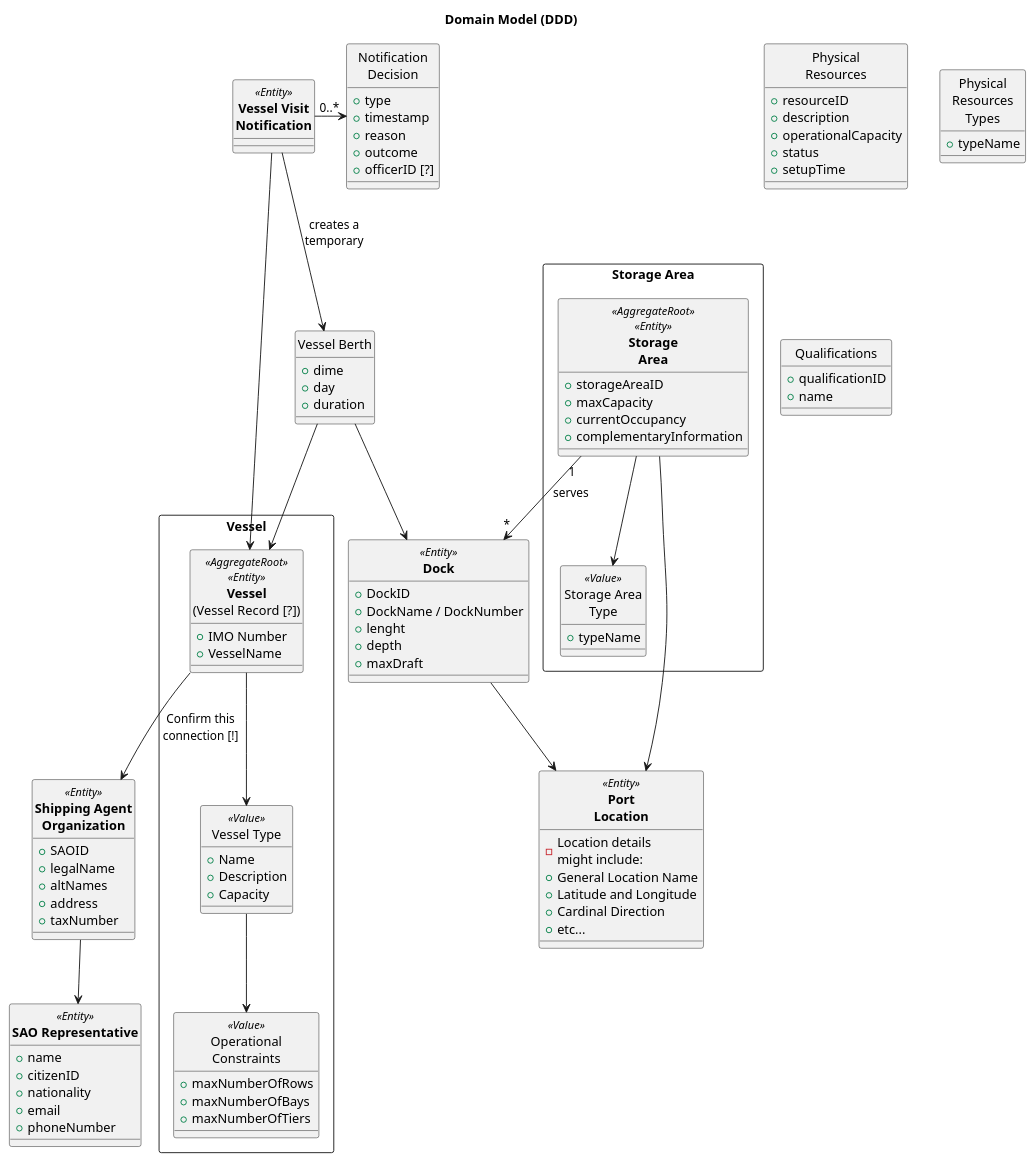
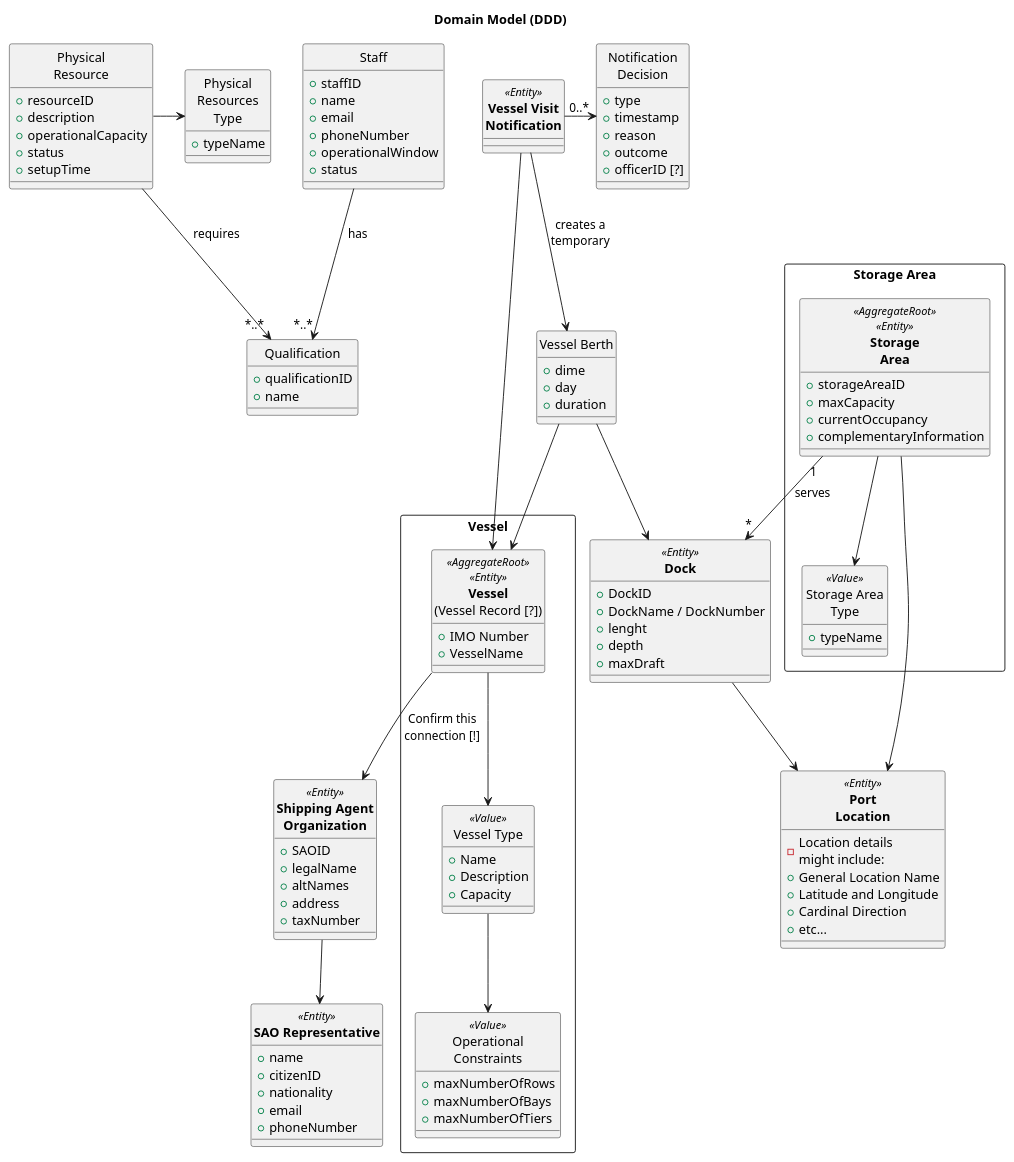
Before and after one commit to BernasDzn/portit: the diagram in docs/sprint_1/global_artifacts/domain/domain_model.puml, drawn with PlantUML.

Commit message:
docs(domain): Added Staff concept and relations between recently added concepts
Refs: #24

```diff
--- a/docs/sprint_1/global_artifacts/domain/domain_model.puml
+++ b/docs/sprint_1/global_artifacts/domain/domain_model.puml
@@ -1,134 +1,146 @@
 @startuml domain_model
 title Domain Model (DDD)
 hide circle
 
 rectangle "Vessel" {
 	class "**Vessel**\n(Vessel Record [?])" as vessel <<AggregateRoot>><<Entity>>
 	{
 		+ IMO Number
 		+ VesselName
 	}
 
 	class "Vessel Type" as vessel_type <<Value>>
 	{
 		+ Name
 		+ Description
 		+ Capacity
 	}
 
 	class "Operational\nConstraints" as op_constraints <<Value>>
 	{
 		+ maxNumberOfRows
 		+ maxNumberOfBays
 		+ maxNumberOfTiers
 	}
 
 	vessel --> vessel_type
 	vessel_type --> op_constraints
 }
 
 class "**Dock**" as dock <<Entity>>
 {
 	+ DockID
 	+ DockName / DockNumber
 	+ lenght
 	+ depth
 	+ maxDraft
 }
 
 class "**Port**\n**Location**" as port_loc <<Entity>>
 {
 	- Location details \nmight include:
 	+ General Location Name
 	+ Latitude and Longitude
 	+ Cardinal Direction
 	+ etc...
 }
 
 rectangle "Storage Area"{
 	
 	class "**Storage**\n**Area**" as storage_area <<AggregateRoot>><<Entity>>
 	{
 		+ storageAreaID
 		+ maxCapacity
 		+ currentOccupancy
 		+ complementaryInformation
 	}
 
 	class "Storage Area\nType" as storage_area_type <<Value>>{
 		+ typeName
 	}
 
 	storage_area --> storage_area_type
 	storage_area --> port_loc
 	storage_area "1" --> "*" dock : "serves"
 }
 
 class "**Shipping Agent**\n**Organization**" as SAO <<Entity>>
 {
 	+ SAOID
 	+ legalName
 	+ altNames
 	+ address
 	+ taxNumber
 }
 
 class "**SAO Representative**" as SAO_rep <<Entity>>
 {
 	+ name
 	+ citizenID
 	+ nationality
 	+ email
 	+ phoneNumber
 }
 
 class "**Vessel Visit**\n**Notification**" as vesel_visit_notif <<Entity>>
 {
 }
 
 class "Vessel Berth" as vessel_berth
 {
 	+ dime
 	+ day
 	+ duration
 }
 
 class "Notification\nDecision" as notif_dec
 {
 	+ type
 	+ timestamp
 	+ reason
 	+ outcome
 	+ officerID [?]
 }
 
-
-class "Physical\nResources" as phys_res{
+class "Physical\nResource" as phys_res{
 	+ resourceID
 	+ description
 	+ operationalCapacity
 	+ status
 	+ setupTime
 }
 
-class "Physical\nResources\nTypes" as phys_res_types{
+class "Physical\nResources\nType" as phys_res_type{
 	+ typeName
 }
 
-class "Qualifications" as quali{
+class "Qualification" as quali{
 	+ qualificationID
 	+ name
 }
+
+class "Staff" as staff{
+	+ staffID
+	+ name
+	+ email
+	+ phoneNumber
+	+ operationalWindow
+	+ status
+}
+
+phys_res -> phys_res_type
+phys_res --> "*..*" quali : "requires"
+staff --> "*..*" quali : "has"
 
 vesel_visit_notif -> "0..*" notif_dec
 vesel_visit_notif --> vessel_berth : "creates a\ntemporary"
 vesel_visit_notif ---> vessel
 vessel_berth --> vessel
 vessel_berth --> dock
 
 
 vessel --> SAO : "Confirm this\nconnection [!]"
 dock --> port_loc
 SAO --> SAO_rep
 
 @enduml
```
